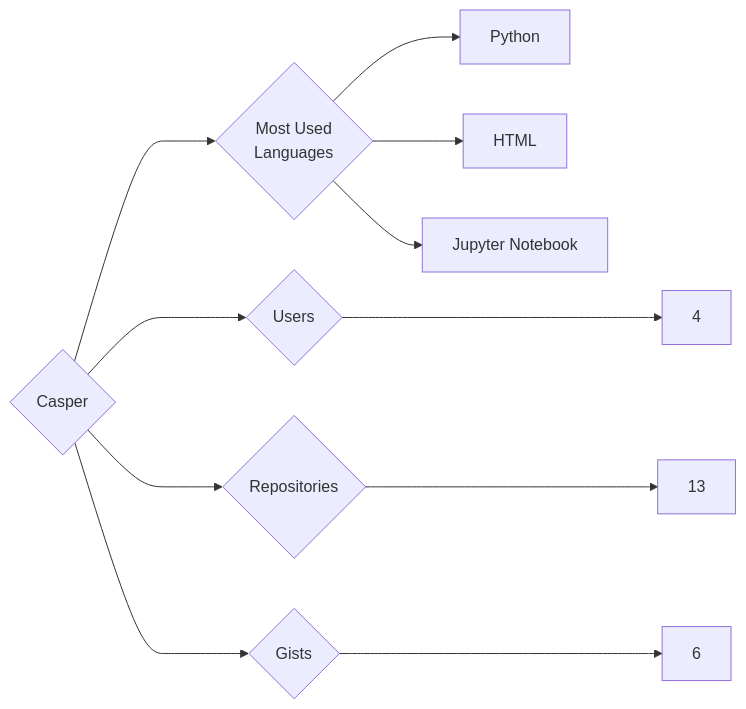
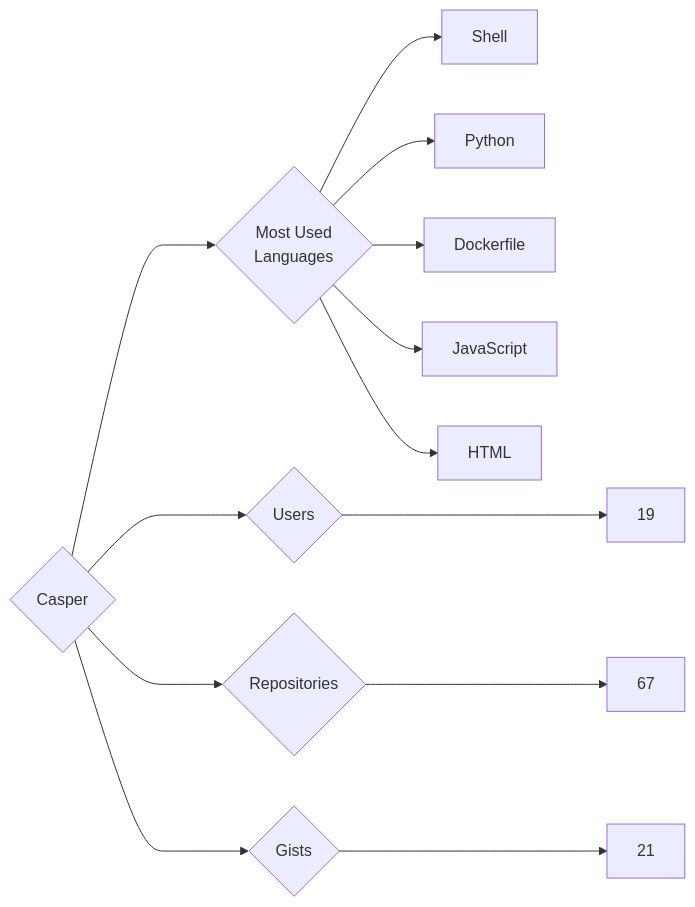
Before and after one commit to trickest/insiders: the diagram in targets/Casper/README.md, drawn with Mermaid. The commit also changed 951 other files, not shown here.

````diff
--- a/targets/Casper/README.md
+++ b/targets/Casper/README.md
@@ -3,11 +3,13 @@
 ```mermaid
 graph LR
 COMPANY_NAME{Casper}
-COMPANY_NAME ---> U{Users} ---> UN[4]
-COMPANY_NAME ---> R{Repositories} ---> RN[13]
-COMPANY_NAME ---> G{Gists} ---> GN[6]
+COMPANY_NAME ---> U{Users} ---> UN[19]
+COMPANY_NAME ---> R{Repositories} ---> RN[67]
+COMPANY_NAME ---> G{Gists} ---> GN[21]
 COMPANY_NAME ---> ML{Most Used<br>Languages}
+ML --> Shell[Shell]
 ML --> Python[Python]
+ML --> Dockerfile[Dockerfile]
+ML --> JavaScript[JavaScript]
 ML --> HTML[HTML]
-ML --> Jupyter_Notebook[Jupyter Notebook]
 ```
````
